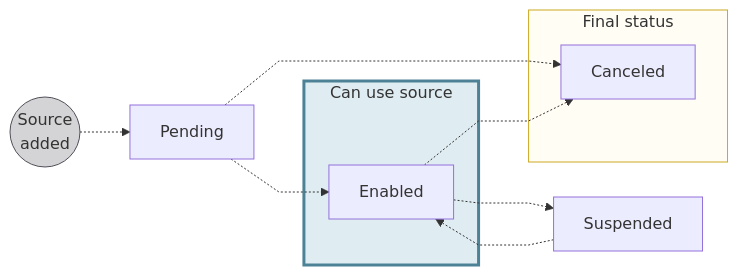
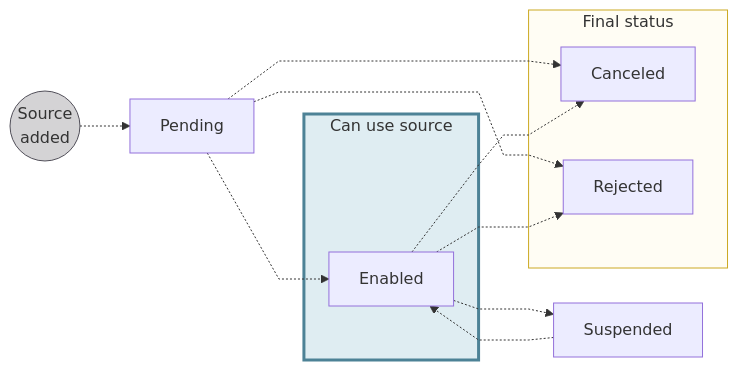
Before and after one commit to swan-io/docs: the diagram in docs/accounts/concepts/funding/sources.mdx, drawn with Mermaid. The commit also changed other lines of this file and 8 other files, not shown here.

````diff
--- a/docs/accounts/concepts/funding/sources.mdx
+++ b/docs/accounts/concepts/funding/sources.mdx
@@ -45,19 +45,22 @@
 ```mermaid
 %%{ init: { 'flowchart': { 'curve': 'linear' } } }%%
 flowchart LR
     AMA((Source<br/>added)) -.-> P[Pending]
     P -.-> E[Enabled]
     P -.-> C[Canceled]
     E -.-> S[Suspended]
     S -.-> E
     E -.-> C
+    P -.-> R[Rejected]
+    E -.-> R
     subgraph U[Can use source]
         E
     end
     subgraph F[Final status]
         C
+        R
     end
     style AMA fill:#D4D3D5,stroke:#514F59
     style F fill:#fffdf4,stroke:#cca922
     style U fill:#dfedf2,stroke:#4d8296, stroke-width:3px
 ```
````
